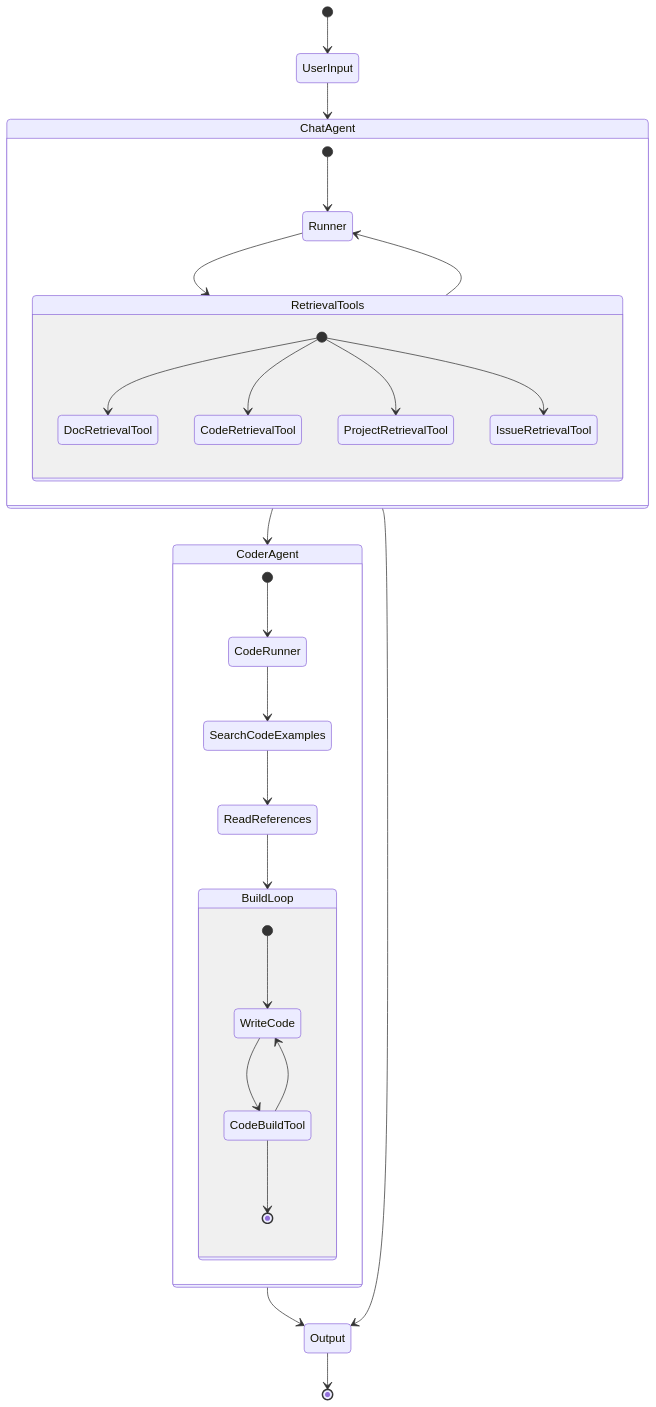
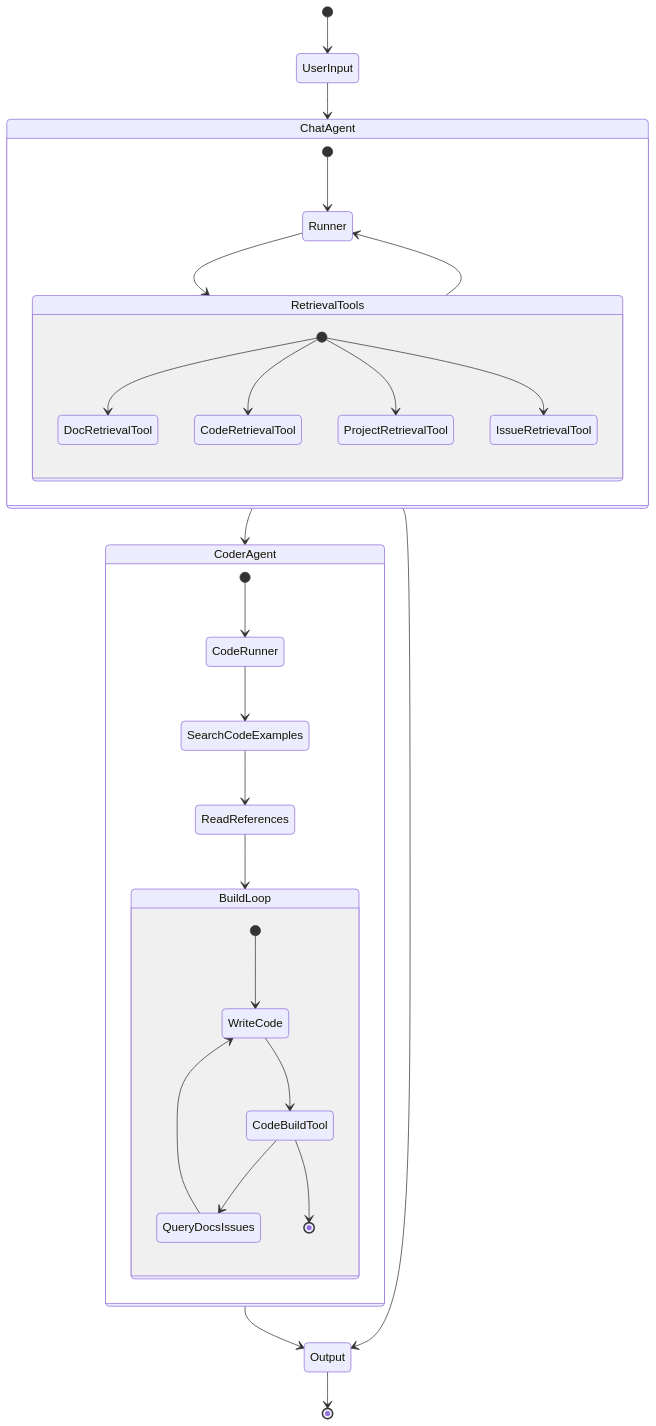
The diagram in cli/diagram.mmd (UmstadAI/zkAppUmstad), drawn with Mermaid before and after one commit.

Commit message:
update diagram

```diff
--- a/cli/diagram.mmd
+++ b/cli/diagram.mmd
@@ -1,40 +1,41 @@
 stateDiagram-v2
     [*] --> UserInput
     UserInput --> ChatAgent
     
     state ChatAgent {
         [*]  -->  Runner
         state RetrievalTools {
             state DocRetrievalTool
             state CodeRetrievalTool
             state ProjectRetrievalTool
             state IssueRetrievalTool
             [*] --> DocRetrievalTool
             [*] --> CodeRetrievalTool
             [*] --> ProjectRetrievalTool
             [*] --> IssueRetrievalTool
         }
         Runner --> RetrievalTools
         RetrievalTools --> Runner
     }
 
     state CoderAgent {
         [*] --> CodeRunner
         CodeRunner --> SearchCodeExamples
         SearchCodeExamples --> ReadReferences
         ReadReferences --> BuildLoop
         state BuildLoop {
             state WriteCode
             state CodeBuildTool
             [*] --> WriteCode
             WriteCode --> CodeBuildTool
-            CodeBuildTool --> WriteCode
+            CodeBuildTool --> QueryDocsIssues
+            QueryDocsIssues --> WriteCode
             CodeBuildTool --> [*]
         }
     }
     ChatAgent --> CoderAgent
     CoderAgent --> Output
     ChatAgent --> Output
     
 
     Output --> [*]
```
